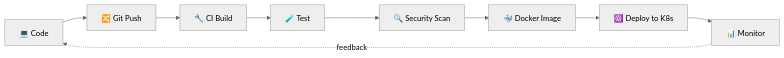
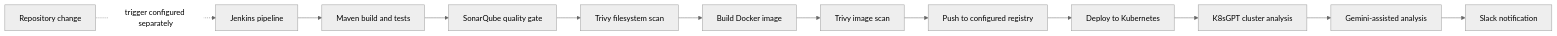
The diagram in README.md (iamohsin1273/iamohsin1273), drawn with Mermaid (neutral theme) before and after one commit. The commit also changed other lines of this file, not shown here.

````diff
--- a/README.md
+++ b/README.md
@@ -188,11 +47,14 @@
 ```mermaid
 flowchart LR
-    A[💻 Code] --> B[🔀 Git Push]
-    B --> C[🔧 CI Build]
-    C --> D[🧪 Test]
-    D --> E[🔍 Security Scan]
-    E --> F[🐳 Docker Image]
-    F --> G[☸️ Deploy to K8s]
-    G --> H[📊 Monitor]
-    H -.feedback.-> A
+    A[Repository change] -. trigger configured separately .-> B[Jenkins pipeline]
+    B --> C[Maven build and tests]
+    C --> D[SonarQube quality gate]
+    D --> E[Trivy filesystem scan]
+    E --> F[Build Docker image]
+    F --> G[Trivy image scan]
+    G --> H[Push to configured registry]
+    H --> I[Deploy to Kubernetes]
+    I --> J[K8sGPT cluster analysis]
+    J --> K[Gemini-assisted analysis]
+    K --> L[Slack notification]
 ```
````
